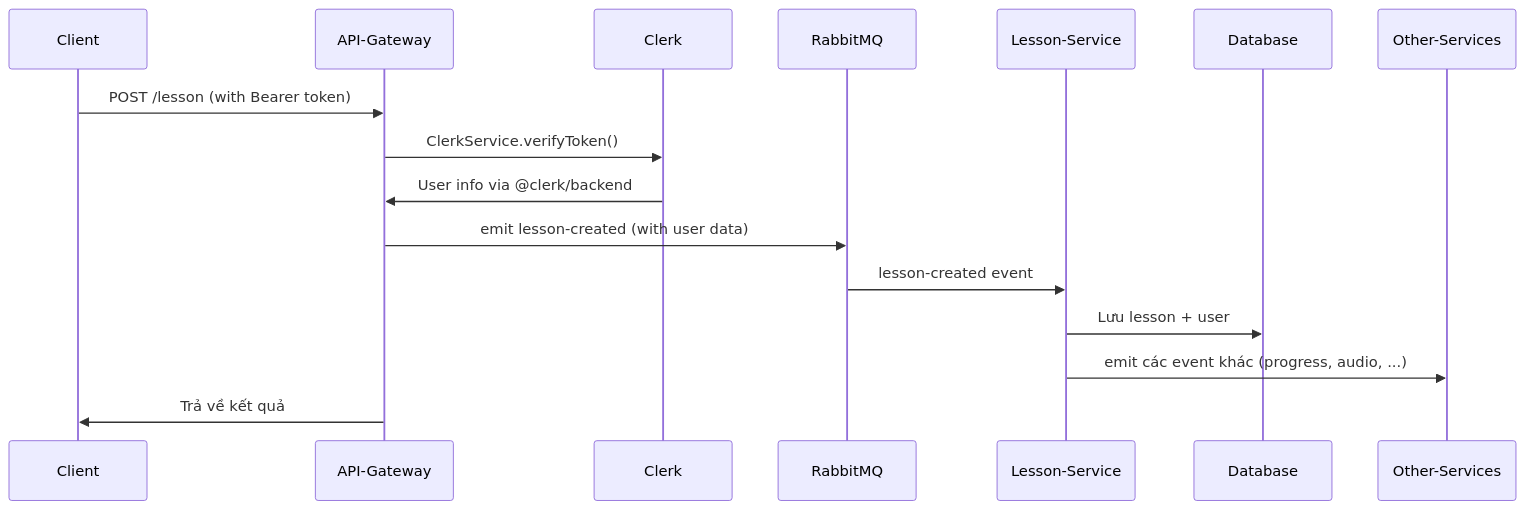
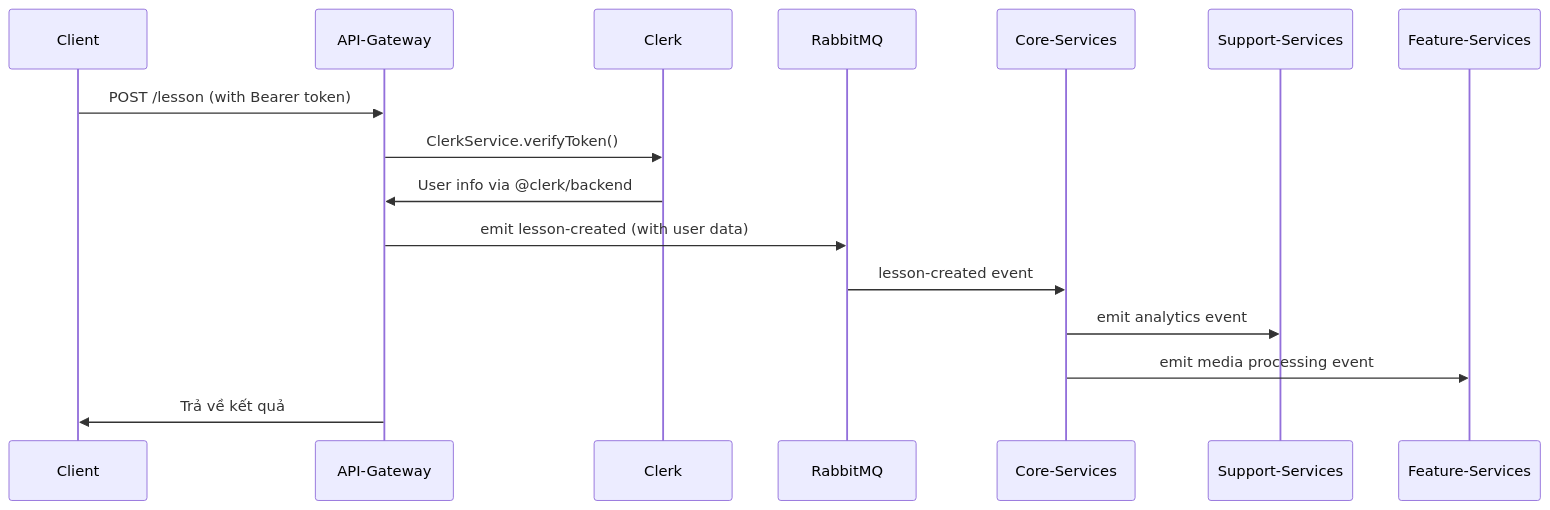
One commit to hoan02/puchi-be changed the diagram in README.md. Above: the diagram before and after it, drawn with Mermaid. The commit also changed other lines of this file and 183 other files, not shown here.

First line of the commit message:
feat: refactor to microservices architecture with hybrid database

````diff
--- a/README.md
+++ b/README.md
@@ -40,19 +74,19 @@
 ```mermaid
 sequenceDiagram
     participant Client
     participant API-Gateway
     participant Clerk
     participant RabbitMQ
-    participant Lesson-Service
-    participant Database
-    participant Other-Services
+    participant Core-Services
+    participant Support-Services
+    participant Feature-Services
 
     Client->>API-Gateway: POST /lesson (with Bearer token)
     API-Gateway->>Clerk: ClerkService.verifyToken()
     Clerk->>API-Gateway: User info via @clerk/backend
     API-Gateway->>RabbitMQ: emit lesson-created (with user data)
-    RabbitMQ->>Lesson-Service: lesson-created event
-    Lesson-Service->>Database: Lưu lesson + user
-    Lesson-Service->>Other-Services: emit các event khác (progress, audio, ...)
+    RabbitMQ->>Core-Services: lesson-created event
+    Core-Services->>Support-Services: emit analytics event
+    Core-Services->>Feature-Services: emit media processing event
     API-Gateway->>Client: Trả về kết quả
 ```
````
